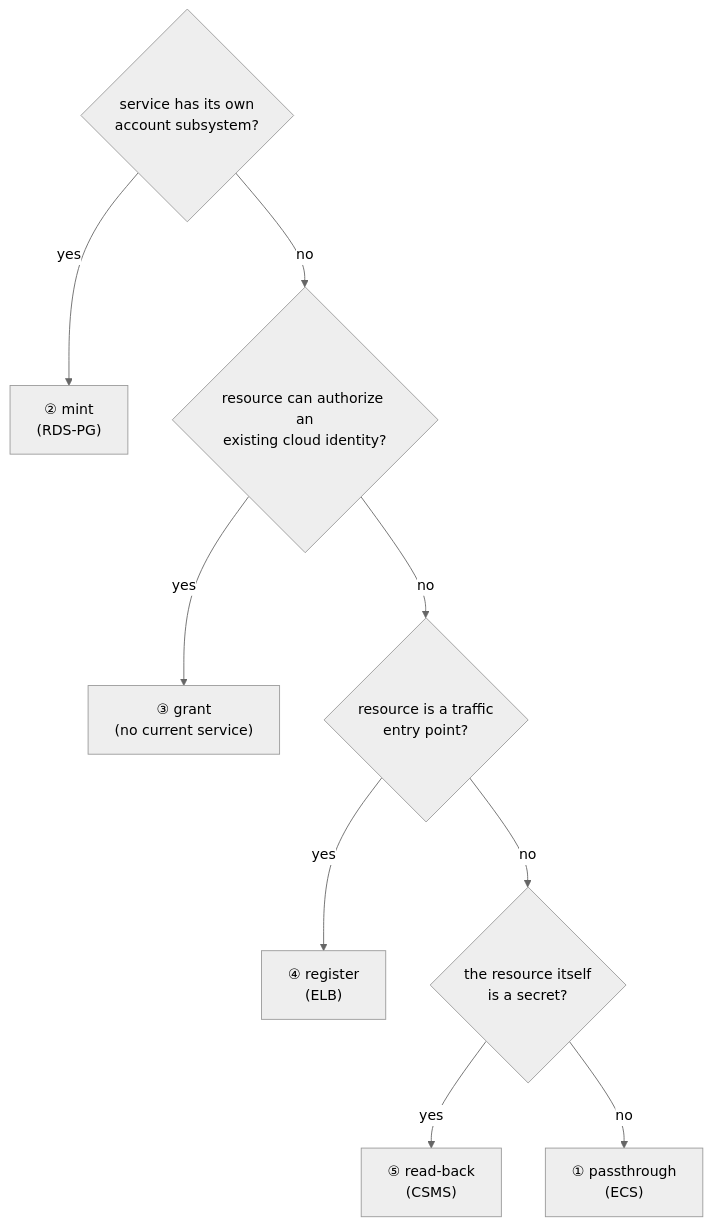
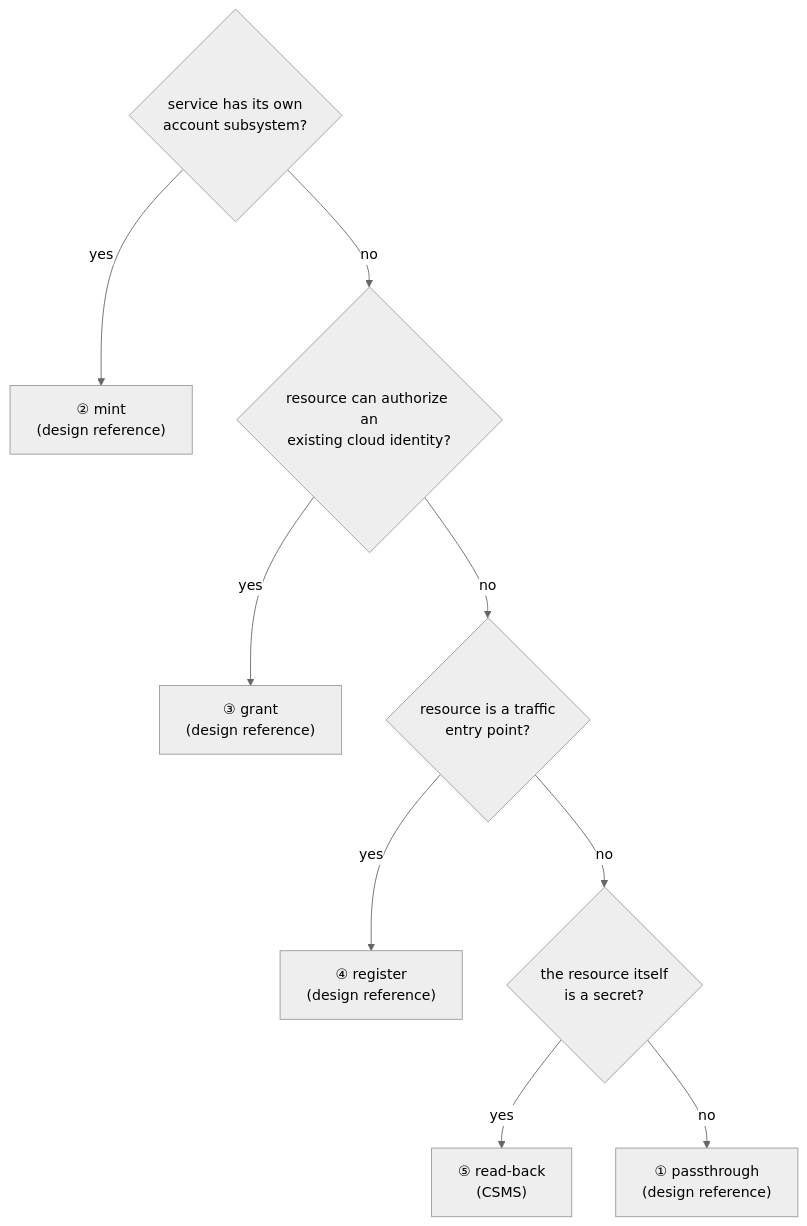
The seventh of 7 diagrams in docs/bind-model.md (alex-tw-lam/csb-brokerpak-hcs), drawn with Mermaid (neutral theme) before and after one commit. The commit also changed 69 other files, not shown here.

````diff
--- a/docs/bind-model.md
+++ b/docs/bind-model.md
@@ -95,11 +95,11 @@
 ```mermaid
 flowchart TD
-    Q1{"service has its own<br/>account subsystem?"} -->|yes| M["② mint<br/>(RDS-PG)"]
+    Q1{"service has its own<br/>account subsystem?"} -->|yes| M["② mint<br/>(design reference)"]
     Q1 -->|no| Q2{"resource can authorize an<br/>existing cloud identity?"}
-    Q2 -->|yes| G["③ grant<br/>(no current service)"]
+    Q2 -->|yes| G["③ grant<br/>(design reference)"]
     Q2 -->|no| Q3{"resource is a traffic<br/>entry point?"}
-    Q3 -->|yes| RG["④ register<br/>(ELB)"]
+    Q3 -->|yes| RG["④ register<br/>(design reference)"]
     Q3 -->|no| Q4{"the resource itself<br/>is a secret?"}
     Q4 -->|yes| RB["⑤ read-back<br/>(CSMS)"]
-    Q4 -->|no| PT["① passthrough<br/>(ECS)"]
+    Q4 -->|no| PT["① passthrough<br/>(design reference)"]
 ```
````
